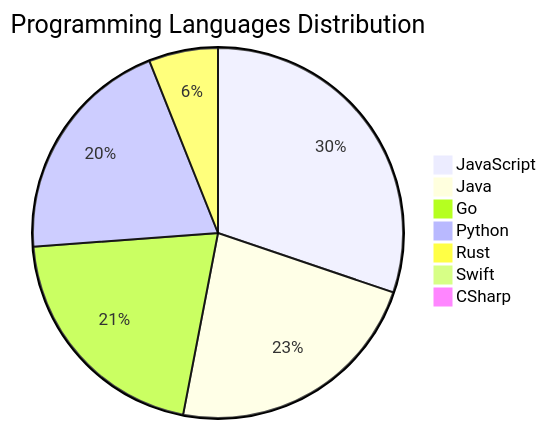
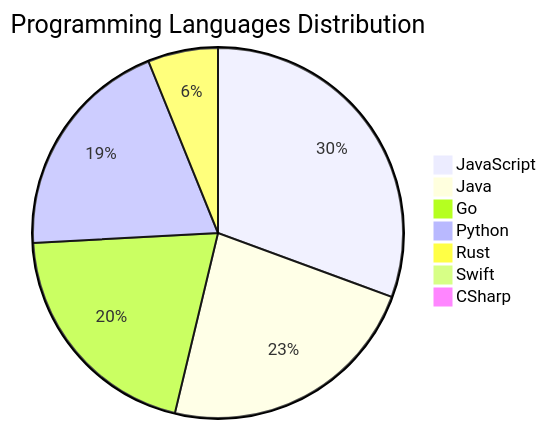
The diagram in README.md (Derrick-MUGISHA/github-activity-bot), drawn with Mermaid before and after one commit. The commit also changed other lines of this file and 4 other files, not shown here.

````diff
--- a/README.md
+++ b/README.md
@@ -207,10 +207,10 @@
 ```mermaid
 pie title Programming Languages Distribution
     "JavaScript" : 45
     "Java" : 34
-    "Go" : 31
-    "Python" : 30
+    "Go" : 30
+    "Python" : 29
     "Rust" : 9
     "Swift" : 1
     "CSharp" : 1
 ```
````
